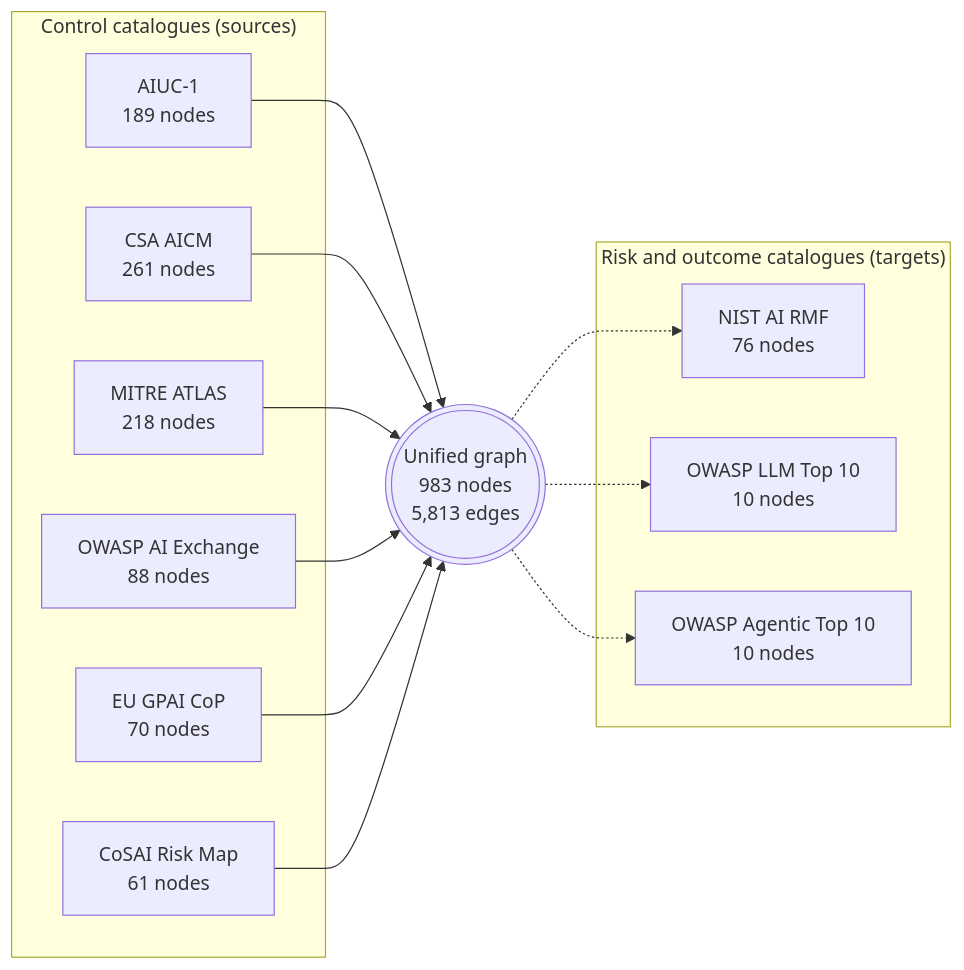
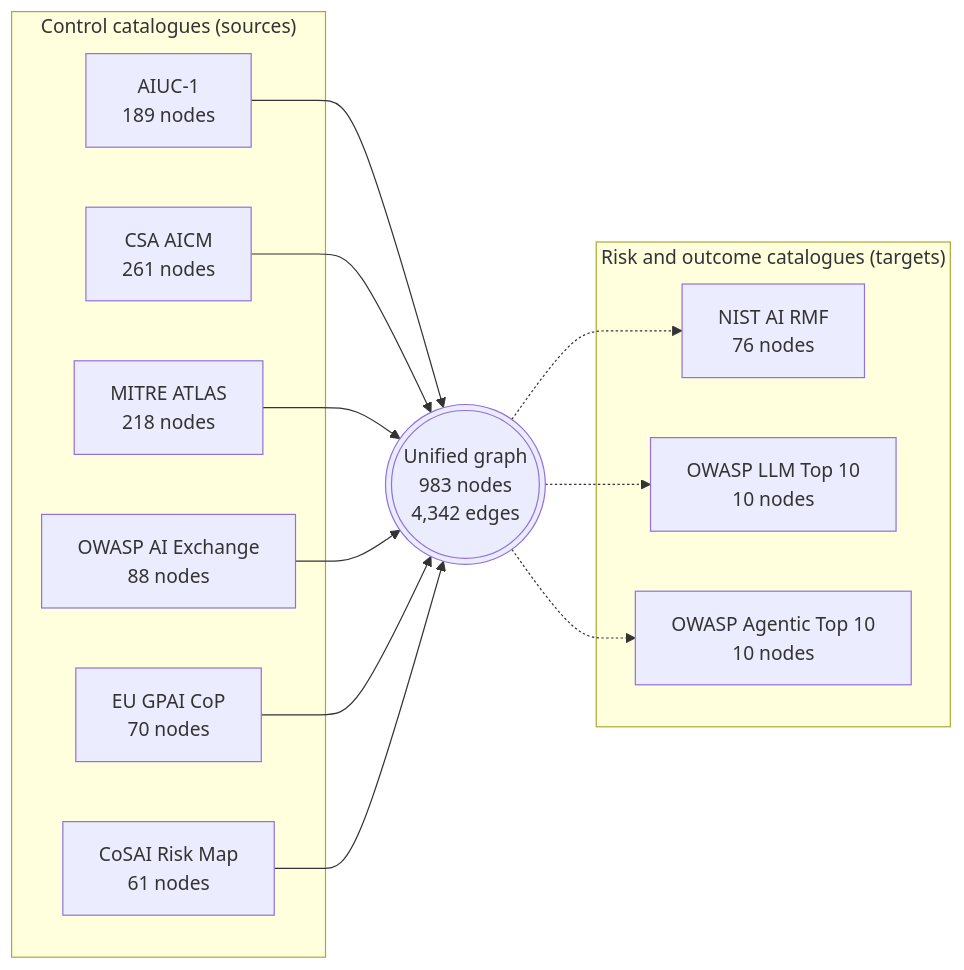
Before and after one commit to rocklambros/ai-security-framework-crosswalk: the first of 3 diagrams in README.md, drawn with Mermaid. The commit also changed other lines of this file and 3 other files, not shown here.

````diff
--- a/README.md
+++ b/README.md
@@ -59,29 +60,26 @@
 ```mermaid
-%% How the nine frameworks feed the crosswalk graph.
-%% Solid arrows mean the framework acts as a mapping source.
-%% Dashed arrows mean the framework is mapped into but not out of.
 flowchart LR
     subgraph Sources["Control catalogues (sources)"]
         AIUC["AIUC-1<br/>189 nodes"]
         CSA["CSA AICM<br/>261 nodes"]
         ATLAS["MITRE ATLAS<br/>218 nodes"]
         EXCH["OWASP AI Exchange<br/>88 nodes"]
         GPAI["EU GPAI CoP<br/>70 nodes"]
         COSAI["CoSAI Risk Map<br/>61 nodes"]
     end
     subgraph Targets["Risk and outcome catalogues (targets)"]
         NIST["NIST AI RMF<br/>76 nodes"]
         LLM["OWASP LLM Top 10<br/>10 nodes"]
         AGENT["OWASP Agentic Top 10<br/>10 nodes"]
     end
-    GRAPH((("Unified graph<br/>983 nodes<br/>5,813 edges")))
+    GRAPH((("Unified graph<br/>983 nodes<br/>4,342 edges")))
     AIUC --> GRAPH
     CSA --> GRAPH
     ATLAS --> GRAPH
     EXCH --> GRAPH
     GPAI --> GRAPH
     COSAI --> GRAPH
     GRAPH -.-> NIST
     GRAPH -.-> LLM
     GRAPH -.-> AGENT
 ```
````
